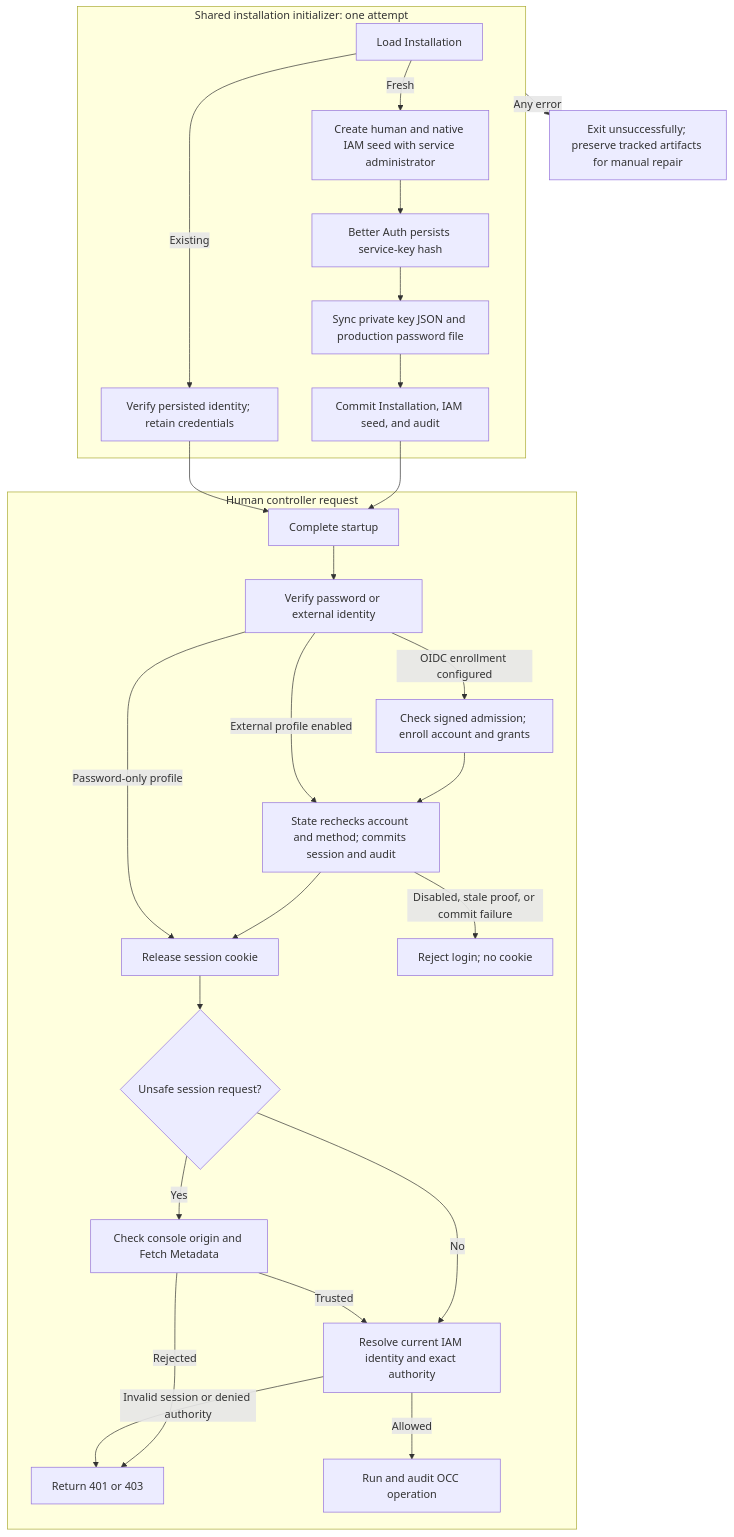
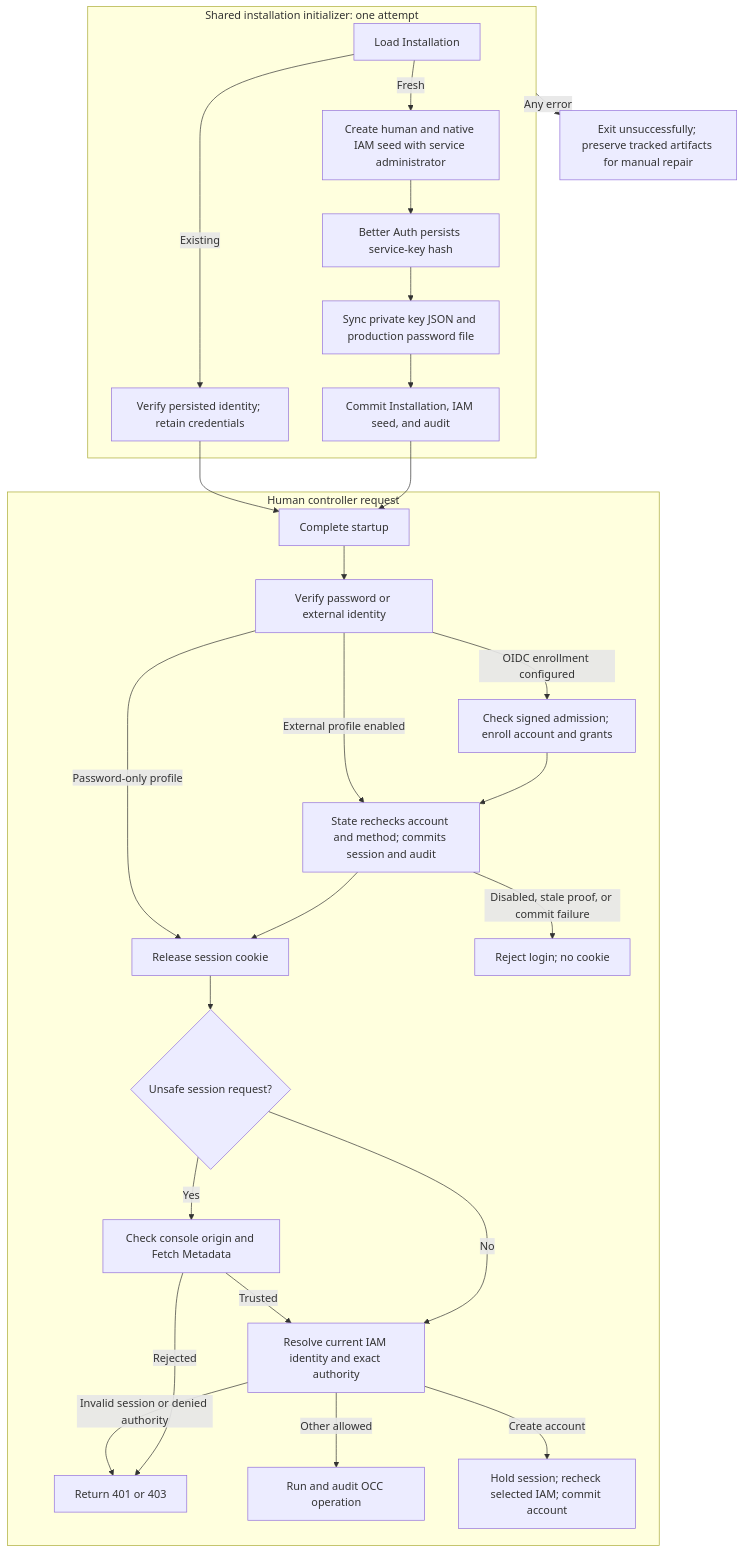
Before and after one commit to openclaw/openclaw-enterprise: the diagram in docs/flows/local-password-authentication.md, drawn with Mermaid. The commit also changed other lines of this file and 11 other files, not shown here.

First line of the commit message:
Fix account creation race with session revocation

````diff
--- a/docs/flows/local-password-authentication.md
+++ b/docs/flows/local-password-authentication.md
@@ -32,29 +32,30 @@
 ```mermaid
 graph TD
   subgraph Bootstrap["Shared installation initializer: one attempt"]
     A["Load Installation"] -->|Existing| B["Verify persisted identity; retain credentials"]
     A -->|Fresh| C["Create human and native IAM seed with service administrator"]
     C --> D["Better Auth persists service-key hash"]
     D --> E["Sync private key JSON and production password file"]
     E --> F["Commit Installation, IAM seed, and audit"]
   end
   F --> G["Complete startup"]
   B --> G
   Bootstrap -->|Any error| H["Exit unsuccessfully; preserve tracked artifacts for manual repair"]
   subgraph Request["Human controller request"]
     G --> P["Verify password or external identity"]
     P -->|OIDC enrollment configured| T["Check signed admission; enroll account and grants"]
     T --> Q
     P -->|External profile enabled| Q["State rechecks account and method; commits session and audit"]
     Q --> J["Release session cookie"]
     P -->|Password-only profile| J
     Q -->|Disabled, stale proof, or commit failure| R["Reject login; no cookie"]
     J --> N{"Unsafe session request?"}
     N -->|Yes| O["Check console origin and Fetch Metadata"]
     N -->|No| K["Resolve current IAM identity and exact authority"]
     O -->|Trusted| K
     O -->|Rejected| M
-    K -->|Allowed| L["Run and audit OCC operation"]
+    K -->|Other allowed| L["Run and audit OCC operation"]
+    K -->|Create account| U["Hold session; recheck selected IAM; commit account"]
     K -->|Invalid session or denied authority| M["Return 401 or 403"]
   end
 ```
````
